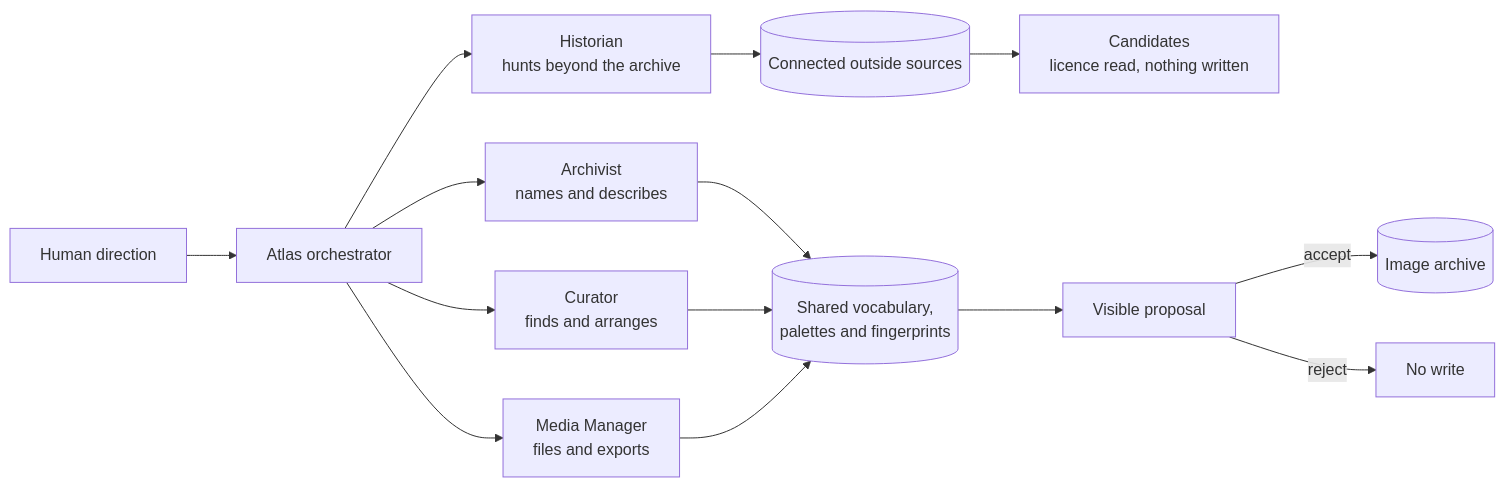
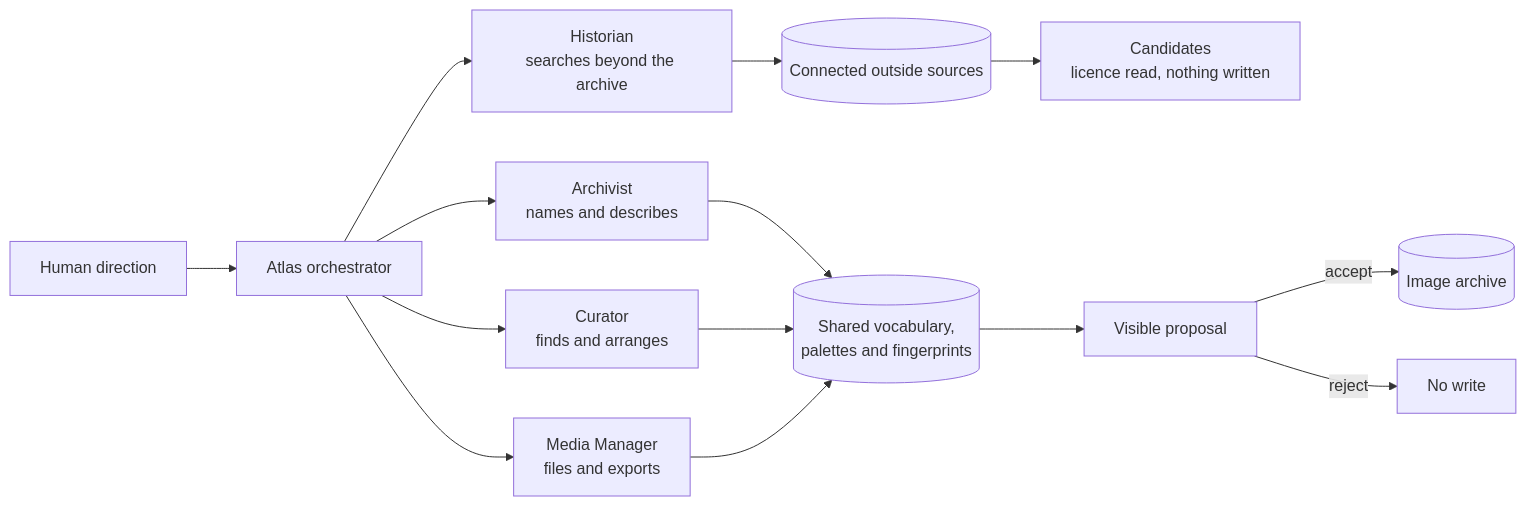
One commit to amachinic/agentic-archive changed the diagram in README.md. Above: the diagram before and after it, drawn with Mermaid. The commit also changed other lines of this file and 12 other files, not shown here.

````diff
--- a/README.md
+++ b/README.md
@@ -29,16 +29,16 @@
 ```mermaid
 flowchart LR
     Human[Human direction] --> Atlas[Atlas orchestrator]
     Atlas --> Archivist[Archivist<br/>names and describes]
     Atlas --> Curator[Curator<br/>finds and arranges]
-    Atlas --> Historian[Historian<br/>hunts beyond the archive]
+    Atlas --> Historian[Historian<br/>searches beyond the archive]
     Atlas --> Manager[Media Manager<br/>files and exports]
     Archivist --> Data[(Shared vocabulary,<br/>palettes and fingerprints)]
     Curator --> Data
     Manager --> Data
     Historian --> Sources[(Connected outside sources)]
     Sources --> Candidates[Candidates<br/>licence read, nothing written]
     Data --> Proposal[Visible proposal]
     Proposal -->|accept| Library[(Image archive)]
     Proposal -->|reject| Stop[No write]
 ```
````
